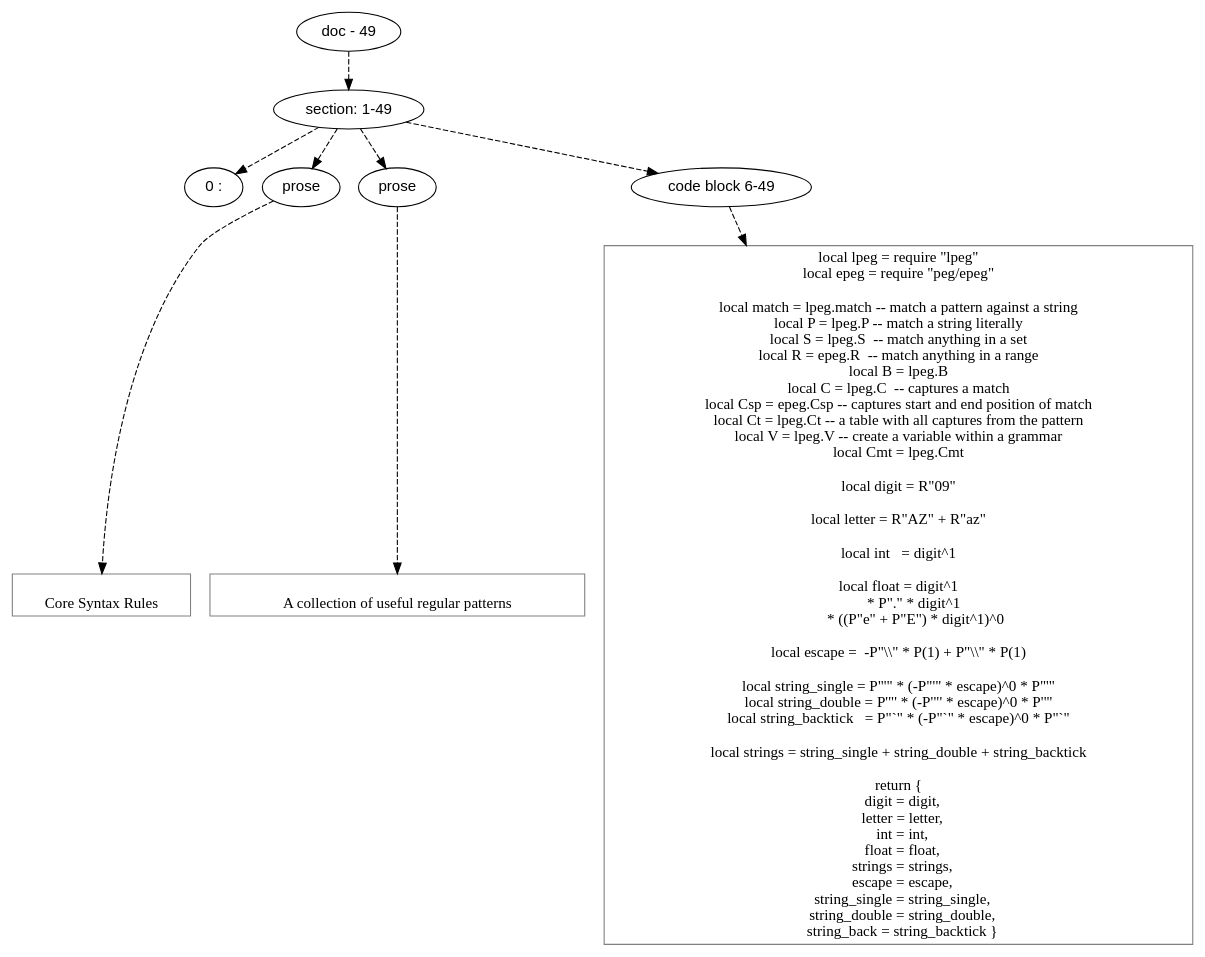
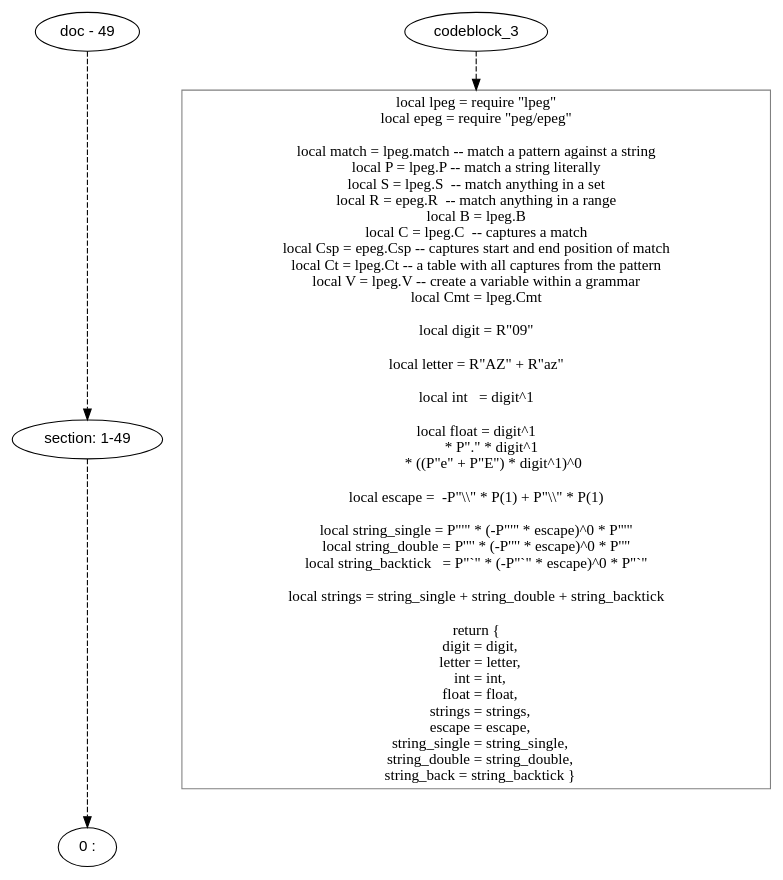
Before and after one commit to mnemnion/orb: the diagram in doc/dot/peg/core-rules.dot, drawn with Graphviz. The commit also changed 123 other files, not shown here.

```diff
--- a/doc/dot/peg/core-rules.dot
+++ b/doc/dot/peg/core-rules.dot
@@ -1,79 +1,65 @@
 digraph hierarchy {
 
 node [fontname=Helvetica]
 edge [style=dashed]
 
 doc_0 [label="doc - 49"]
 
 
 doc_0 -> { section_1}
 {rank=same; section_1}
 
 section_1 [label="section: 1-49"]
 
 
-section_1 -> { header_2 prose_3 prose_4 codeblock_5}
-{rank=same; header_2 prose_3 prose_4 codeblock_5}
+section_1 -> { header_2}
+{rank=same; header_2}
 
 header_2 [label="0 : "]
 
-prose_3 [label="prose"]
 
-prose_4 [label="prose"]
-
-codeblock_5 [label="code block 6-49"]
-
-
-prose_3 -> leaf_6
-leaf_6  [color=Gray,shape=rectangle,fontname=Inconsolata,label="
- Core Syntax Rules
-"]
-prose_4 -> leaf_7
-leaf_7  [color=Gray,shape=rectangle,fontname=Inconsolata,label="
- A collection of useful regular patterns
-"]
-codeblock_5 -> leaf_8
-leaf_8  [color=Gray,shape=rectangle,fontname=Inconsolata,label="local lpeg = require \"lpeg\"
+codeblock_3 -> leaf_4
+leaf_4  [color=Gray,shape=rectangle,fontname=Inconsolata,label="local lpeg = require \"lpeg\"
 local epeg = require \"peg/epeg\"
 
 local match = lpeg.match -- match a pattern against a string
 local P = lpeg.P -- match a string literally
 local S = lpeg.S  -- match anything in a set
 local R = epeg.R  -- match anything in a range
 local B = lpeg.B
 local C = lpeg.C  -- captures a match
 local Csp = epeg.Csp -- captures start and end position of match
 local Ct = lpeg.Ct -- a table with all captures from the pattern
 local V = lpeg.V -- create a variable within a grammar
 local Cmt = lpeg.Cmt
 
 local digit = R\"09\"
 
 local letter = R\"AZ\" + R\"az\"
 
 local int   = digit^1
 
 local float = digit^1 
          * P\".\" * digit^1 
           * ((P\"e\" + P\"E\") * digit^1)^0
 
 local escape =  -P\"\\\\\" * P(1) + P\"\\\\\" * P(1)
 
 local string_single = P\"'\" * (-P\"'\" * escape)^0 * P\"'\"
 local string_double = P'\"' * (-P'\"' * escape)^0 * P'\"'
 local string_backtick   = P\"`\" * (-P\"`\" * escape)^0 * P\"`\"
 
 local strings = string_single + string_double + string_backtick
 
 return {
    digit = digit,
    letter = letter,
    int = int,
    float = float,
    strings = strings,
    escape = escape,
    string_single = string_single,
    string_double = string_double,
    string_back = string_backtick }"]
 
 }
```
